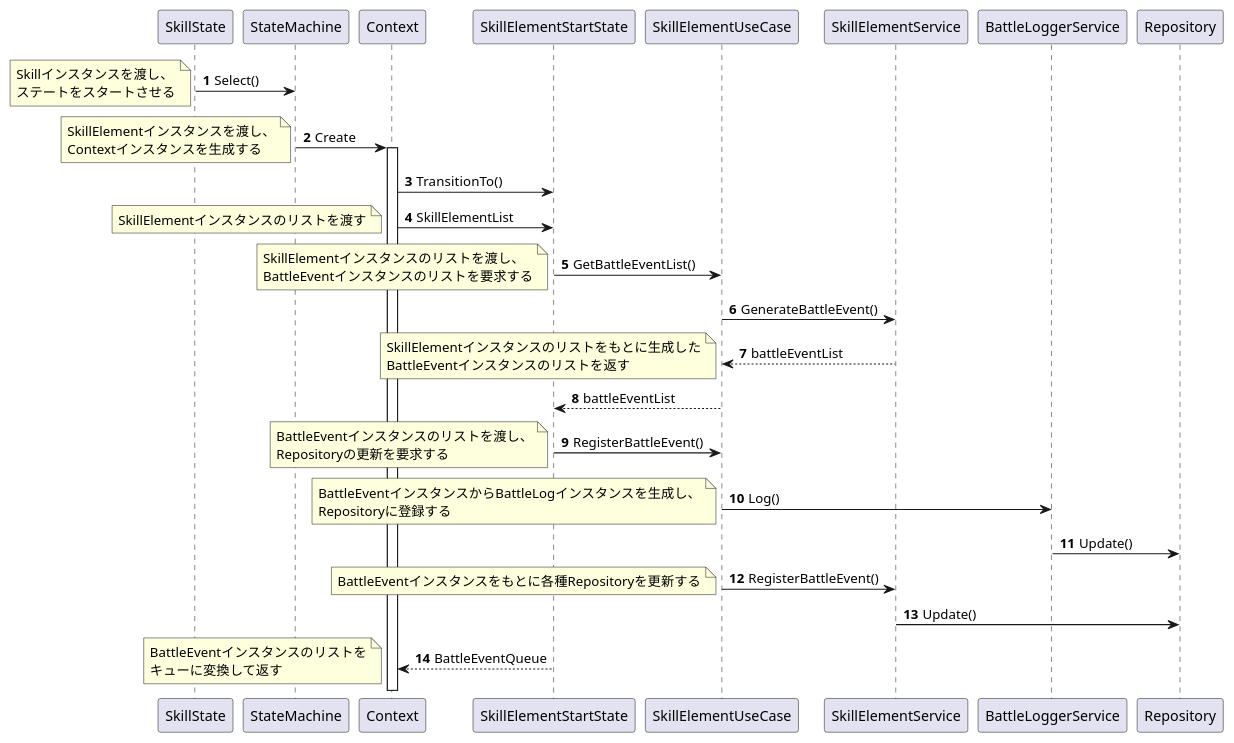
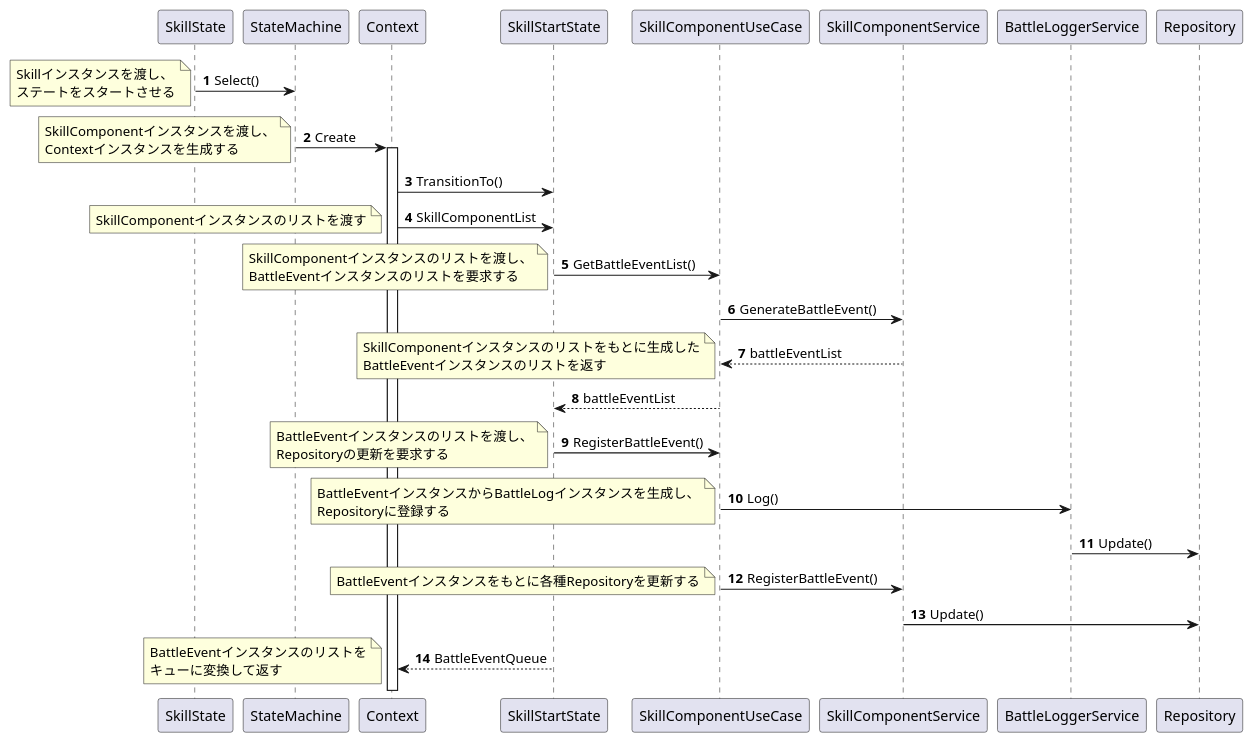
One commit to natsuhiko-maekawa/RPG changed the diagram in Documents/PlantUML/SkillStateSequenceDiagram.puml. Above: the diagram before and after it, drawn with PlantUML. The commit also changed 7 other files, not shown here.

```diff
--- a/Documents/PlantUML/SkillStateSequenceDiagram.puml
+++ b/Documents/PlantUML/SkillStateSequenceDiagram.puml
@@ -1,29 +1,29 @@
 @startuml
 'https://plantuml.com/sequence-diagram
 
 autonumber
 SkillState -> StateMachine: Select()
 note left: Skillインスタンスを渡し、\nステートをスタートさせる
 StateMachine -> Context: Create
-note left: SkillElementインスタンスを渡し、\nContextインスタンスを生成する
+note left: SkillComponentインスタンスを渡し、\nContextインスタンスを生成する
 activate Context
-Context -> SkillElementStartState: TransitionTo()
-Context -> SkillElementStartState: SkillElementList
-note left: SkillElementインスタンスのリストを渡す
-SkillElementStartState -> SkillElementUseCase: GetBattleEventList()
-note left: SkillElementインスタンスのリストを渡し、\nBattleEventインスタンスのリストを要求する
-SkillElementUseCase -> SkillElementService: GenerateBattleEvent()
-SkillElementService --> SkillElementUseCase: battleEventList
-note left: SkillElementインスタンスのリストをもとに生成した\nBattleEventインスタンスのリストを返す
-SkillElementUseCase --> SkillElementStartState: battleEventList
-SkillElementStartState -> SkillElementUseCase: RegisterBattleEvent()
+Context -> SkillStartState: TransitionTo()
+Context -> SkillStartState: SkillComponentList
+note left: SkillComponentインスタンスのリストを渡す
+SkillStartState -> SkillComponentUseCase: GetBattleEventList()
+note left: SkillComponentインスタンスのリストを渡し、\nBattleEventインスタンスのリストを要求する
+SkillComponentUseCase -> SkillComponentService: GenerateBattleEvent()
+SkillComponentService --> SkillComponentUseCase: battleEventList
+note left: SkillComponentインスタンスのリストをもとに生成した\nBattleEventインスタンスのリストを返す
+SkillComponentUseCase --> SkillStartState: battleEventList
+SkillStartState -> SkillComponentUseCase: RegisterBattleEvent()
 note left: BattleEventインスタンスのリストを渡し、\nRepositoryの更新を要求する
-SkillElementUseCase -> BattleLoggerService: Log()
+SkillComponentUseCase -> BattleLoggerService: Log()
 note left: BattleEventインスタンスからBattleLogインスタンスを生成し、\nRepositoryに登録する
 BattleLoggerService -> Repository: Update()
-SkillElementUseCase -> SkillElementService: RegisterBattleEvent()
+SkillComponentUseCase -> SkillComponentService: RegisterBattleEvent()
 note left: BattleEventインスタンスをもとに各種Repositoryを更新する
-SkillElementService -> Repository: Update()
-SkillElementStartState --> Context: BattleEventQueue
+SkillComponentService -> Repository: Update()
+SkillStartState --> Context: BattleEventQueue
 note left: BattleEventインスタンスのリストを\nキューに変換して返す
 @enduml
```
